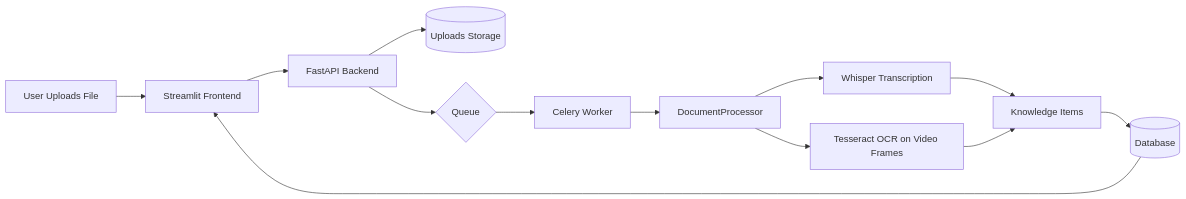
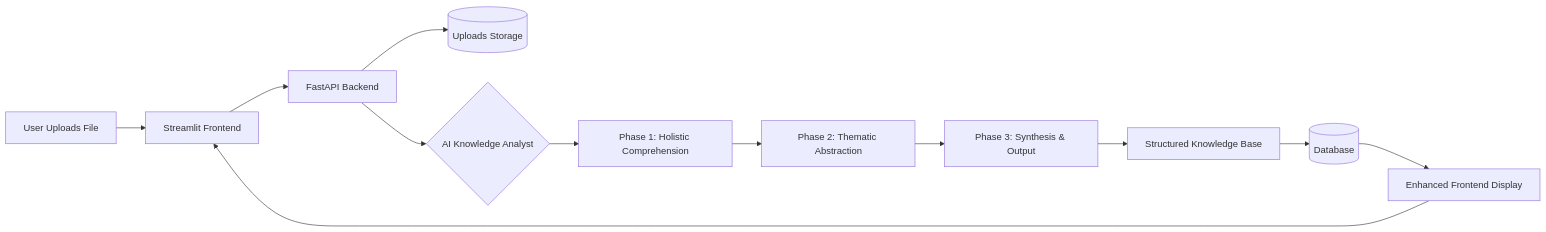
Before and after one commit to imaddde867/explainium-2.0: the diagram in README.md, drawn with Mermaid. The commit also changed other lines of this file and 6 other files, not shown here.

Commit message:
implement 3-phase comprehension, thematic abstraction, synthesis, and system integration

````diff
--- a/README.md
+++ b/README.md
@@ -67,15 +106,14 @@
 ```mermaid
 flowchart LR
   A[User Uploads File] --> B[Streamlit Frontend]
   B --> C[FastAPI Backend]
   C --> D[(Uploads Storage)]
-  C --> E{Queue}
-  E --> F[Celery Worker]
-  F --> G[DocumentProcessor]
-  G --> H[Whisper Transcription]
-  G --> I[Tesseract OCR on Video Frames]
-  H --> J[Knowledge Items]
-  I --> J
-  J --> K[(Database)]
+  C --> E{AI Knowledge Analyst}
+  E --> F[Phase 1: Holistic Comprehension]
+  F --> G[Phase 2: Thematic Abstraction]
+  G --> H[Phase 3: Synthesis & Output]
+  H --> I[Structured Knowledge Base]
+  I --> J[(Database)]
+  J --> K[Enhanced Frontend Display]
   K --> B
 ```
````
